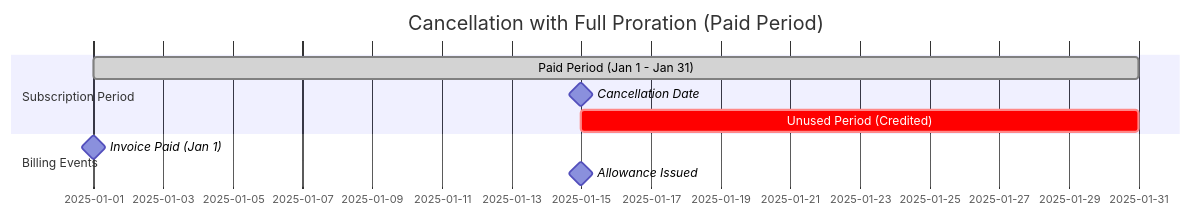
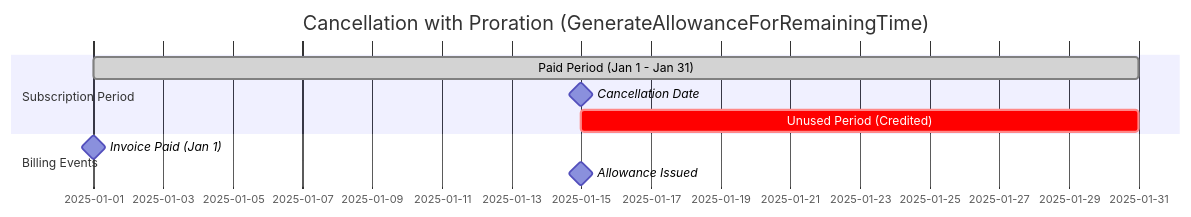
The first of 4 diagrams in source/billing/proration-policies.rst (infosoftas/info-subscription-doc), drawn with Mermaid before and after one commit. The commit also changed other lines of this file, not shown here.

Commit message:
Replace "Full Proration" terminology with actual API names

```diff
--- a/source/billing/proration-policies.rst
+++ b/source/billing/proration-policies.rst
@@ -64,12 +69,12 @@
 .. mermaid::
 
     gantt
-        title Cancellation with Full Proration (Paid Period)
+        title Cancellation with Proration (GenerateAllowanceForRemainingTime)
         dateFormat  YYYY-MM-DD
         section Subscription Period
             Paid Period (Jan 1 - Jan 31)   :done, period, 2025-01-01, 30d
             Cancellation Date   :milestone, cancel, 2025-01-15, 0d
             Unused Period (Credited)   :crit, unused, 2025-01-15, 16d
         section Billing Events
             Invoice Paid (Jan 1)   :milestone, paid, 2025-01-01, 0d
             Allowance Issued   :milestone, credit, 2025-01-15, 0d
```
